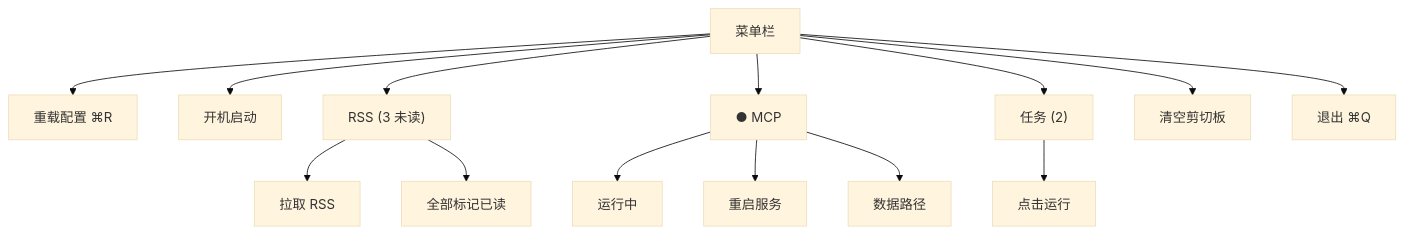
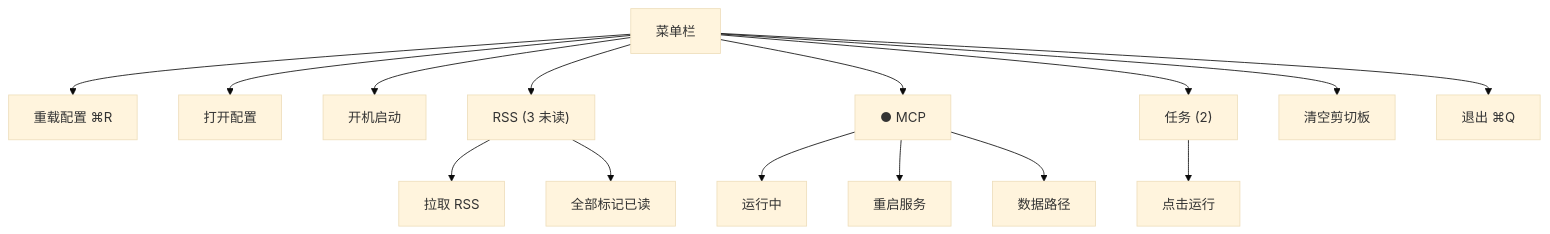
The second of 6 diagrams in README.zh.md (yuanyxh/utility), drawn with Mermaid (base theme) before and after one commit. The commit also changed other lines of this file and 8 other files, not shown here.

````diff
--- a/README.zh.md
+++ b/README.zh.md
@@ -267,17 +267,18 @@
 ```mermaid
 flowchart TD
   menu["菜单栏"]
   menu --> reload["重载配置 ⌘R"]
+  menu --> open["打开配置"]
   menu --> login["开机启动"]
   menu --> rss["RSS (3 未读)"]
   rss --> fetch["拉取 RSS"]
   rss --> read["全部标记已读"]
   menu --> mcp["● MCP"]
   mcp --> status["运行中"]
   mcp --> restart["重启服务"]
   mcp --> path["数据路径"]
   menu --> tasks["任务 (2)"]
   tasks --> run["点击运行"]
   menu --> clear["清空剪切板"]
   menu --> quit["退出 ⌘Q"]
 ```
````
